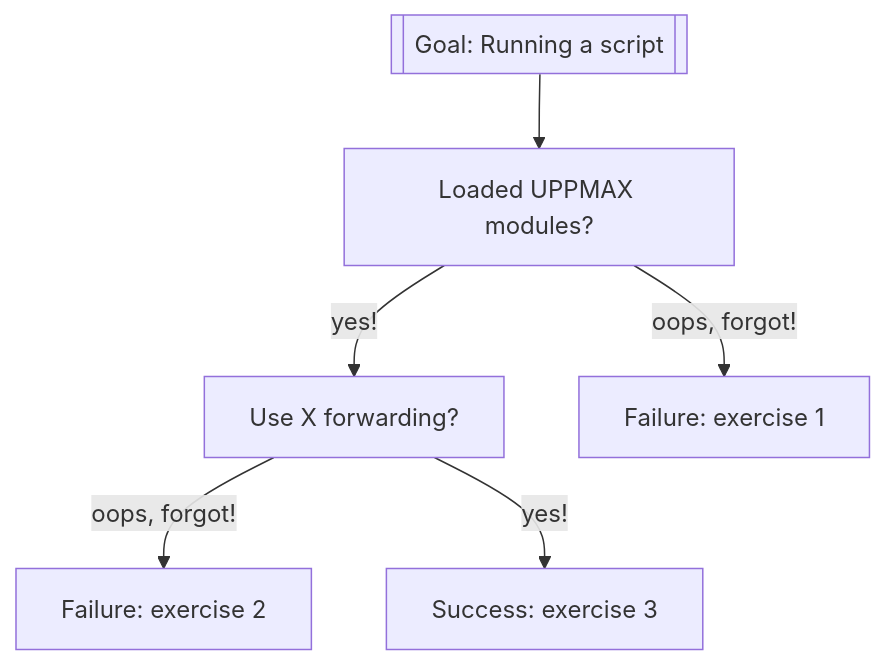
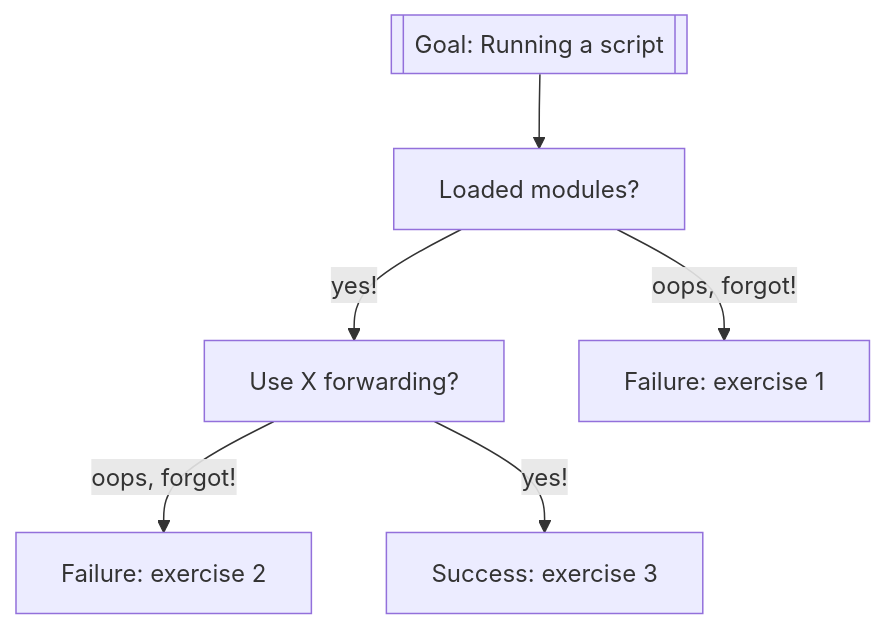
Before and after one commit to UPPMAX/uppmax_intro_python: the diagram in docs/sessions/hello_little_turtles.md, drawn with Mermaid. The commit also changed other lines of this file and 7 other files, not shown here.

````diff
--- a/docs/sessions/hello_little_turtles.md
+++ b/docs/sessions/hello_little_turtles.md
@@ -55,15 +55,15 @@
 ```mermaid
 flowchart TD
   running_a_script[[Goal: Running a script]]
-  load_modules[Loaded UPPMAX modules?]
+  load_modules[Loaded modules?]
   use_x_forwarding[Use X forwarding?]
   success[Success: exercise 3]
   failure_1[Failure: exercise 1]
   failure_2[Failure: exercise 2]
   running_a_script --> load_modules
   load_modules --> |yes!| use_x_forwarding
 
   load_modules --> |oops, forgot!| failure_1
   use_x_forwarding --> |oops, forgot!| failure_2
   use_x_forwarding --> |yes!| success
 ```
````
